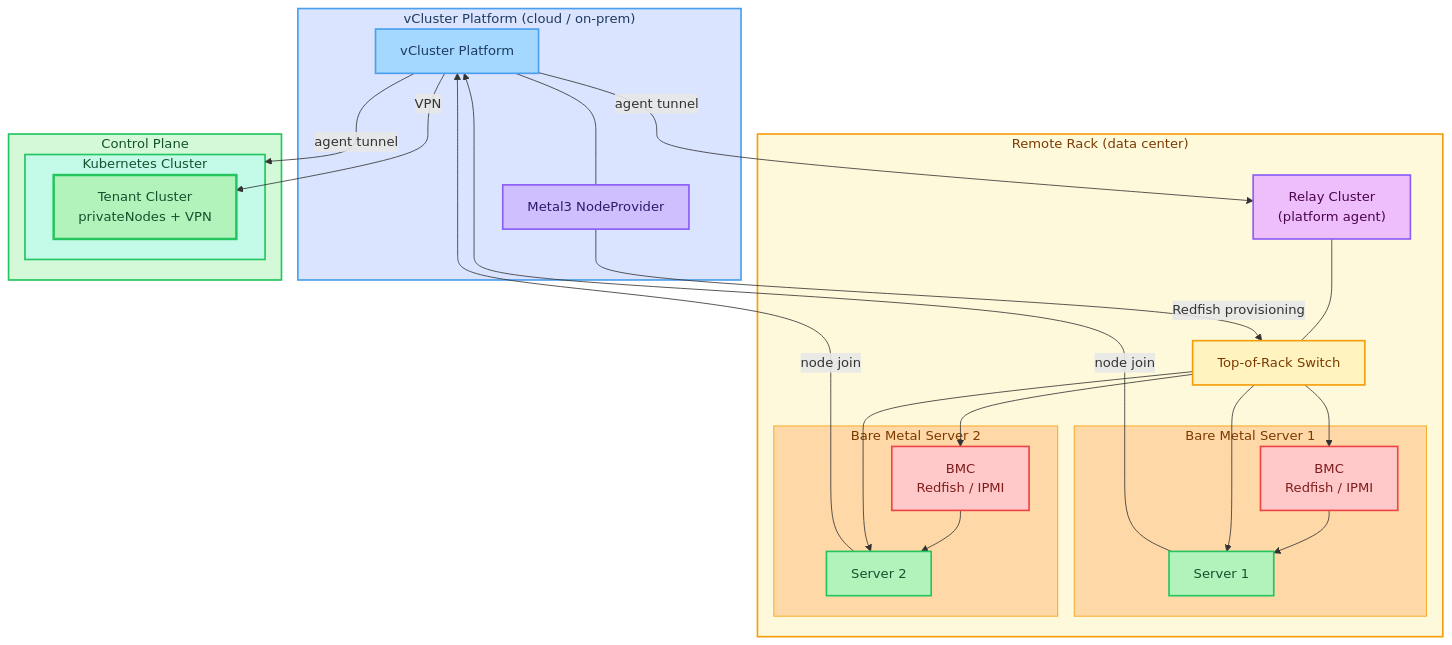
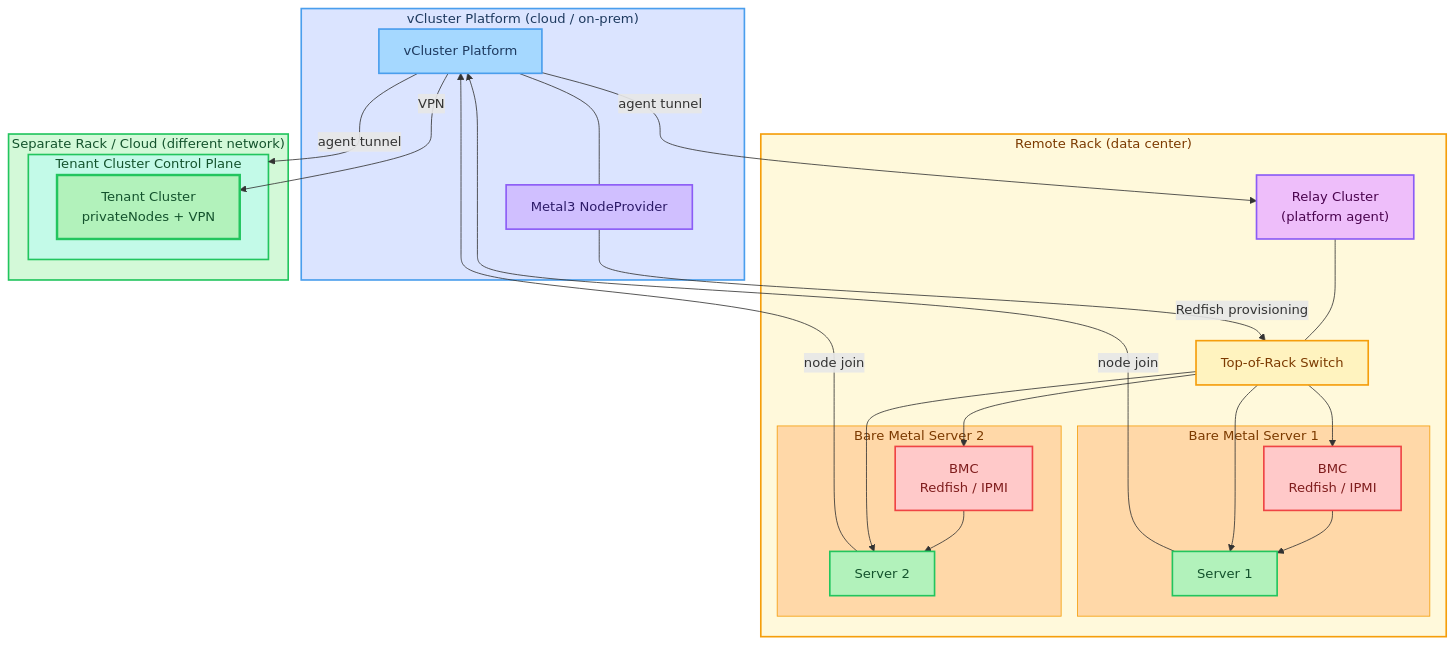
Before and after one commit to rmweir/vmetal-vpn-demo: the first of 2 diagrams in README.md, drawn with Mermaid.

Commit message:
Update architecture diagram

````diff
--- a/README.md
+++ b/README.md
@@ -11,61 +11,61 @@
 ```mermaid
 flowchart TD
     subgraph cloud["vCluster Platform (cloud / on-prem)"]
         plat["vCluster Platform"]
         metal3["Metal3 NodeProvider"]
         plat --- metal3
     end
 
     subgraph rack["Remote Rack (data center)"]
         relay["Relay Cluster\n(platform agent)"]
         tor["Top-of-Rack Switch"]
         relay --- tor
         subgraph bm1_box["Bare Metal Server 1"]
             bmc1["BMC\nRedfish / IPMI"]
             server1["Server 1"]
             bmc1 --> server1
         end
         subgraph bm2_box["Bare Metal Server 2"]
             bmc2["BMC\nRedfish / IPMI"]
             server2["Server 2"]
             bmc2 --> server2
         end
         tor --> bmc1 & bmc2
         tor --> server1 & server2
     end
 
-    subgraph cp["Control Plane"]
-        subgraph k8s["Kubernetes Cluster"]
+    subgraph cp["Separate Rack / Cloud (different network)"]
+        subgraph k8s["Tenant Cluster Control Plane"]
             vci["Tenant Cluster\nprivateNodes + VPN"]
         end
     end
 
     plat -->|agent tunnel| relay
     plat -->|agent tunnel| k8s
     metal3 -->|Redfish provisioning| tor
     server1 & server2 -->|node join| plat
     plat -->|VPN| vci
 
     classDef platNode fill:#a5d8ff,stroke:#4a9eed,stroke-width:2px,color:#1e3a5f
     classDef provider fill:#d0bfff,stroke:#8b5cf6,stroke-width:2px,color:#2d1b69
     classDef relayNode fill:#eebefa,stroke:#8b5cf6,stroke-width:2px,color:#4a044e
     classDef torNode fill:#fff3bf,stroke:#f59e0b,stroke-width:2px,color:#7c3a00
     classDef bmc fill:#ffc9c9,stroke:#ef4444,stroke-width:2px,color:#7f1d1d
     classDef bm fill:#b2f2bb,stroke:#22c55e,stroke-width:2px,color:#14532d
     classDef vciNode fill:#b2f2bb,stroke:#22c55e,stroke-width:3px,color:#14532d
 
     class plat platNode
     class metal3 provider
     class relay relayNode
     class tor torNode
     class bmc1,bmc2 bmc
     class server1,server2 bm
     class vci vciNode
 
     style cloud fill:#dbe4ff,stroke:#4a9eed,stroke-width:2px,color:#1e3a5f
     style rack fill:#fff9db,stroke:#f59e0b,stroke-width:2px,color:#7c3a00
     style bm1_box fill:#ffd8a8,stroke:#f59e0b,stroke-width:1px,color:#7c3a00
     style bm2_box fill:#ffd8a8,stroke:#f59e0b,stroke-width:1px,color:#7c3a00
     style cp fill:#d3f9d8,stroke:#22c55e,stroke-width:2px,color:#14532d
     style k8s fill:#c3fae8,stroke:#22c55e,stroke-width:2px,color:#14532d
 ```
````
